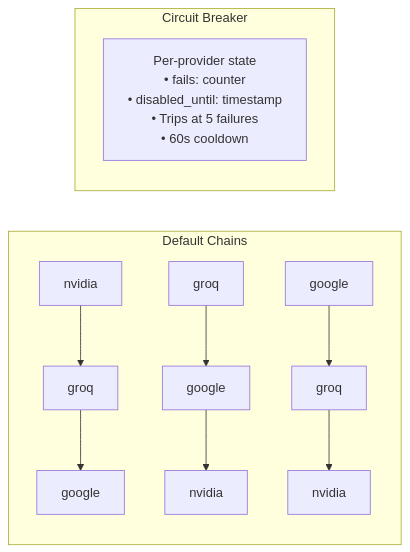
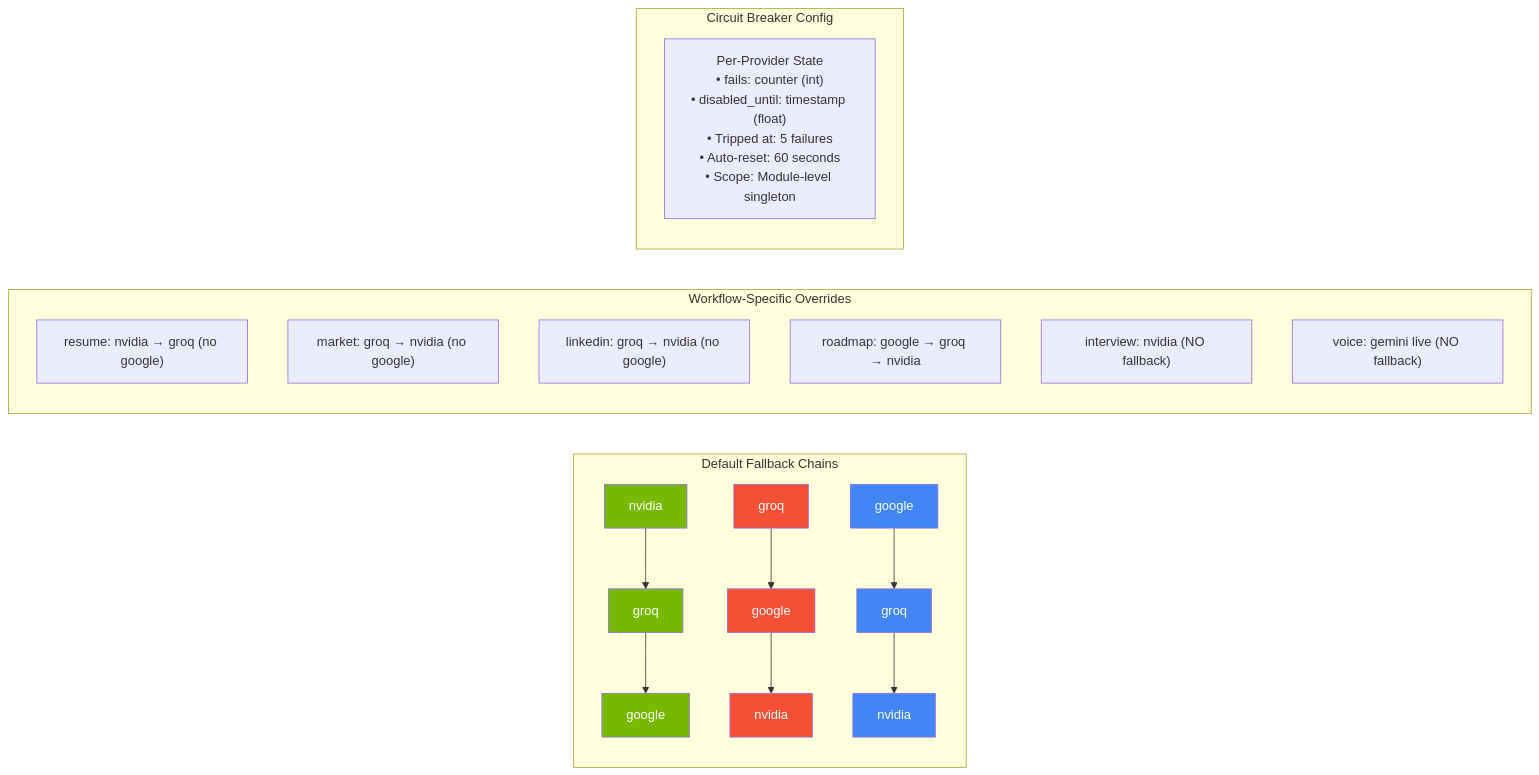
Before and after one commit to Anil-Pradhan-web/ai-career-mentor: diagram 13 of 36 in ARCHITECTURE.md, drawn with Mermaid. The commit also changed other lines of this file and 3 other files, not shown here.

Commit message:
docs: upgrade README, ARCHITECTURE, SYSTEM, API docs to professional high-level design with emojis, diagrams, and detailed explanations

````diff
--- a/ARCHITECTURE.md
+++ b/ARCHITECTURE.md
@@ -293,12 +684,29 @@
 ```mermaid
 graph LR
-    subgraph "Default Chains"
+    classDef nvidia fill:#76B900,color:#fff
+    classDef groq fill:#F55036,color:#fff
+    classDef google fill:#4285F4,color:#fff
+
+    subgraph "Default Fallback Chains"
         N["nvidia"] --> N_G["groq"] --> N_GO["google"]
         G["groq"] --> G_GO["google"] --> G_N["nvidia"]
         GO["google"] --> GO_G["groq"] --> GO_N["nvidia"]
     end
     
-    subgraph "Circuit Breaker"
-        CB["Per-provider state\n• fails: counter\n• disabled_until: timestamp\n• Trips at 5 failures\n• 60s cooldown"]
+    subgraph "Workflow-Specific Overrides"
+        W1["resume: nvidia → groq (no google)"]
+        W2["market: groq → nvidia (no google)"]
+        W3["linkedin: groq → nvidia (no google)"]
+        W4["roadmap: google → groq → nvidia"]
+        W5["interview: nvidia (NO fallback)"]
+        W6["voice: gemini live (NO fallback)"]
     end
+
+    subgraph "Circuit Breaker Config"
+        CB["Per-Provider State<br/>• fails: counter (int)<br/>• disabled_until: timestamp (float)<br/>• Tripped at: 5 failures<br/>• Auto-reset: 60 seconds<br/>• Scope: Module-level singleton"]
+    end
+
+    class N,N_G,N_GO nvidia
+    class G,G_GO,G_N groq
+    class GO,GO_G,GO_N google
 ```
````
